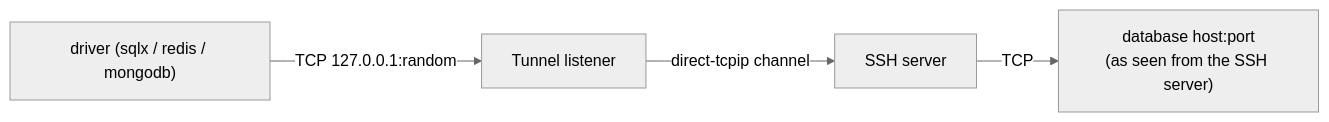
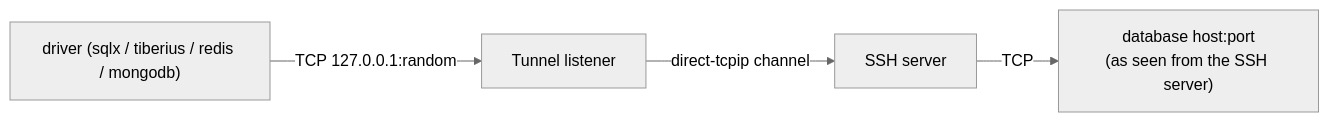
One commit to bhumit070/tableplus_rs changed the diagram in docs/architecture/ssh.md. Above: the diagram before and after it, drawn with Mermaid (neutral theme). The commit also changed 11 other files, not shown here.

````diff
--- a/docs/architecture/ssh.md
+++ b/docs/architecture/ssh.md
@@ -7,6 +7,6 @@
 ```mermaid
 flowchart LR
-    D["driver (sqlx / redis / mongodb)"] -- "TCP 127.0.0.1:random" --> L["Tunnel listener"]
+    D["driver (sqlx / tiberius / redis / mongodb)"] -- "TCP 127.0.0.1:random" --> L["Tunnel listener"]
     L -- "direct-tcpip channel" --> S["SSH server"]
     S -- "TCP" --> DB["database host:port<br/>(as seen from the SSH server)"]
 ```
````
